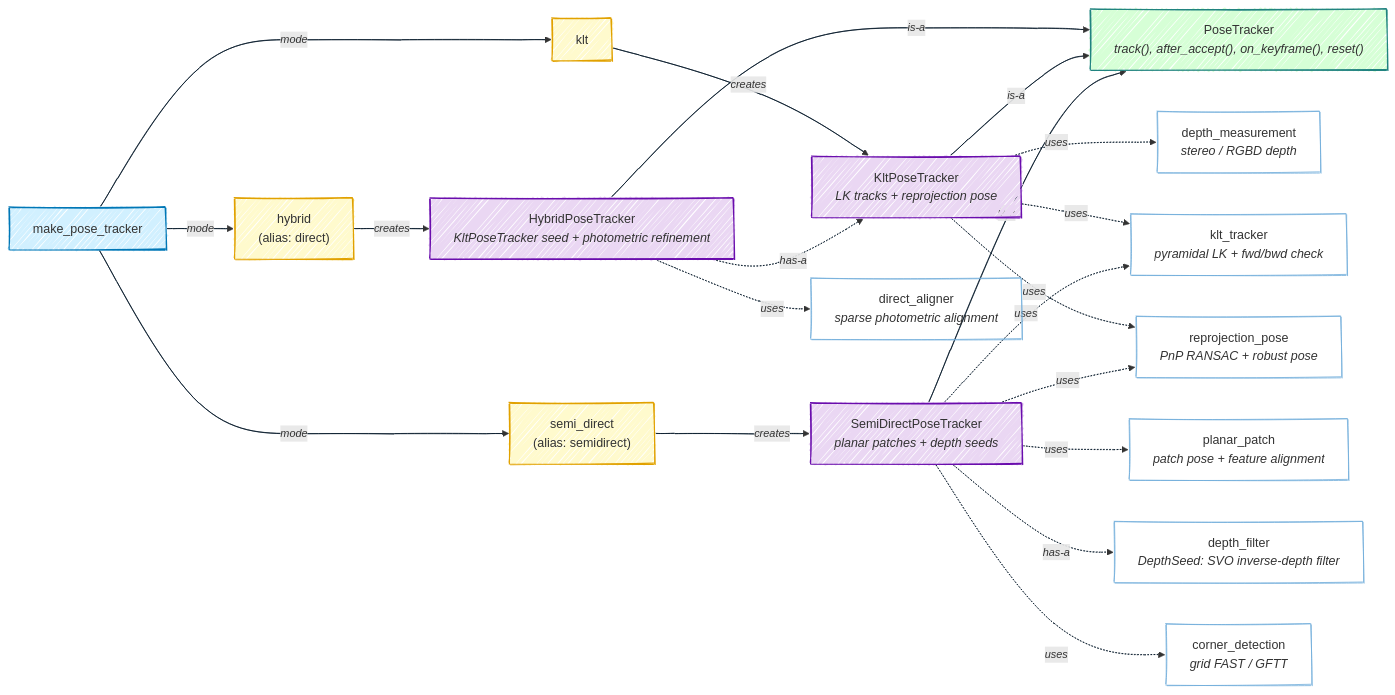
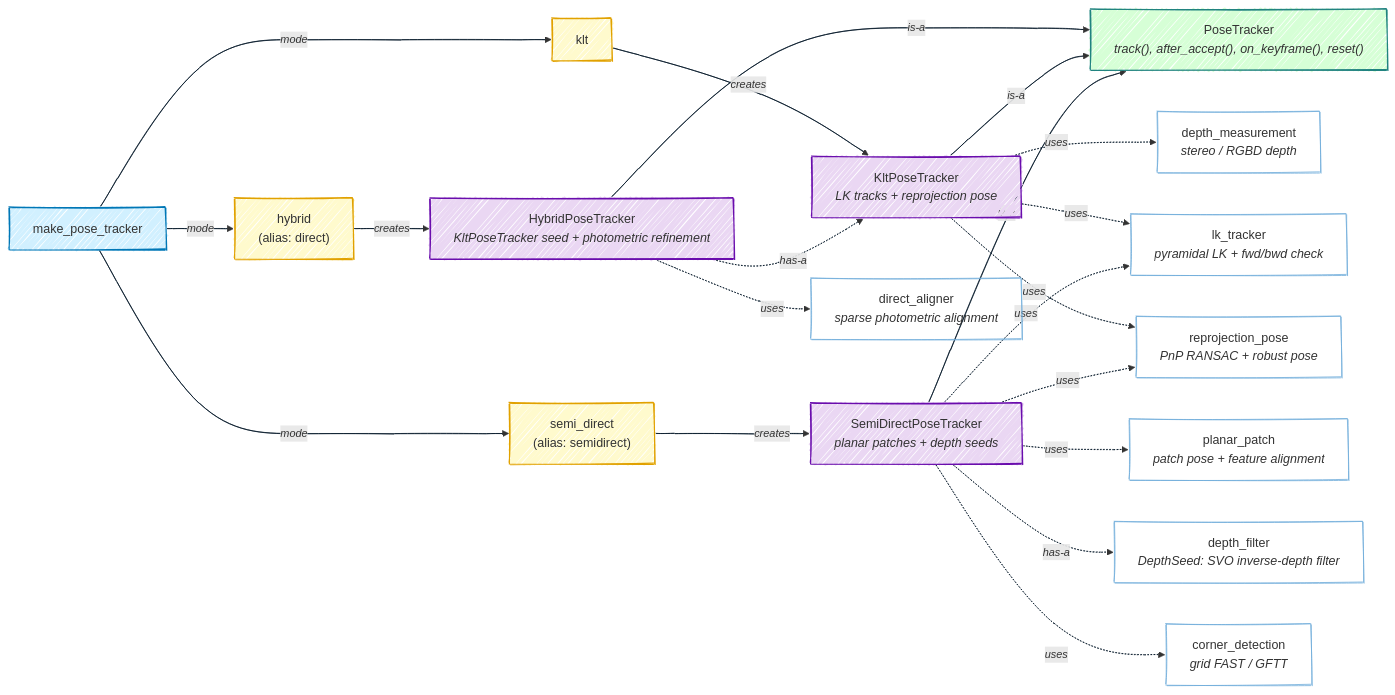
The diagram in docs/images/direct_slam/pose_tracker.mmd (luigifreda/pyslam), drawn with Mermaid before and after one commit. The commit also changed 103 other files, not shown here.

First line of the commit message:
Move direct SLAM under cpp/core/slam/direct and enforce module boundaries

```diff
--- a/docs/images/direct_slam/pose_tracker.mmd
+++ b/docs/images/direct_slam/pose_tracker.mmd
@@ -1,45 +1,45 @@
 ---
 config:
   look: handDrawn
   flowchart:
     wrappingWidth: 400
 ---
 graph LR;
-    %% Direct SLAM pose tracker (cpp/core/slam_direct/pose_tracker.h)
+    %% Direct SLAM pose tracker (cpp/core/slam/direct/core/pose_tracker.h)
     linkStyle default stroke:#021526,stroke-width:1px,font-size:14px;
 
     classDef factory fill:#D1F0FF,stroke:#0077B6,stroke-width:1.5px,font-size:16px;
     classDef tracker fill:#FFFACD,stroke:#E1A100,stroke-width:1.5px,font-size:16px;
     classDef singleTracker fill:#EAD7F3,stroke:#6A0DAD,stroke-width:1.5px,font-size:16px;
     classDef poseTracker fill:#D6FFD6,stroke:#218380,stroke-width:1.5px,font-size:16px;
     classDef component fill:none,stroke:#6EACDA,stroke-width:1px,font-size:16px;
 
     make_pose_tracker -->|"`_mode_`"| HYBRID["hybrid<br>(alias: direct)"];
     make_pose_tracker -->|"`_mode_`"| KLT["klt"];
     make_pose_tracker -->|"`_mode_`"| SEMI_DIRECT["semi_direct<br>(alias: semidirect)"];
 
     HYBRID -->|"`_creates_`"| HybridPoseTracker["HybridPoseTracker<br><i>KltPoseTracker seed + photometric refinement</i>"];
     KLT -->|"`_creates_`"| KltPoseTracker["KltPoseTracker<br><i>LK tracks + reprojection pose</i>"];
     SEMI_DIRECT -->|"`_creates_`"| SemiDirectPoseTracker["SemiDirectPoseTracker<br><i>planar patches + depth seeds</i>"];
 
     HybridPoseTracker -->|"`_is-a_`"| PoseTracker["PoseTracker<br><i>track(), after_accept(), on_keyframe(), reset()</i>"];
     KltPoseTracker -->|"`_is-a_`"| PoseTracker;
     SemiDirectPoseTracker -->|"`_is-a_`"| PoseTracker;
 
     %% Building blocks used by the pose trackers
     HybridPoseTracker -.->|"`_has-a_`"| KltPoseTracker;
     HybridPoseTracker -.->|"`_uses_`"| DirectAligner["direct_aligner<br><i>sparse photometric alignment</i>"];
     KltPoseTracker -.->|"`_uses_`"| DepthMeasurement["depth_measurement<br><i>stereo / RGBD depth</i>"];
-    KltPoseTracker -.->|"`_uses_`"| KltTracker["klt_tracker<br><i>pyramidal LK + fwd/bwd check</i>"];
+    KltPoseTracker -.->|"`_uses_`"| KltTracker["lk_tracker<br><i>pyramidal LK + fwd/bwd check</i>"];
     KltPoseTracker -.->|"`_uses_`"| ReprojectionPose["reprojection_pose<br><i>PnP RANSAC + robust pose</i>"];
     SemiDirectPoseTracker -.->|"`_uses_`"| KltTracker;
     SemiDirectPoseTracker -.->|"`_uses_`"| ReprojectionPose;
     SemiDirectPoseTracker -.->|"`_uses_`"| PlanarPatch["planar_patch<br><i>patch pose + feature alignment</i>"];
     SemiDirectPoseTracker -.->|"`_has-a_`"| DepthFilter["depth_filter<br><i>DepthSeed: SVO inverse-depth filter</i>"];
     SemiDirectPoseTracker -.->|"`_uses_`"| CornerDetection["corner_detection<br><i>grid FAST / GFTT</i>"];
 
     class make_pose_tracker factory;
     class KLT,HYBRID,SEMI_DIRECT tracker;
     class KltPoseTracker,HybridPoseTracker,SemiDirectPoseTracker singleTracker;
     class PoseTracker poseTracker;
     class KltTracker,ReprojectionPose,DepthMeasurement,DirectAligner,PlanarPatch,DepthFilter,CornerDetection component;
```
